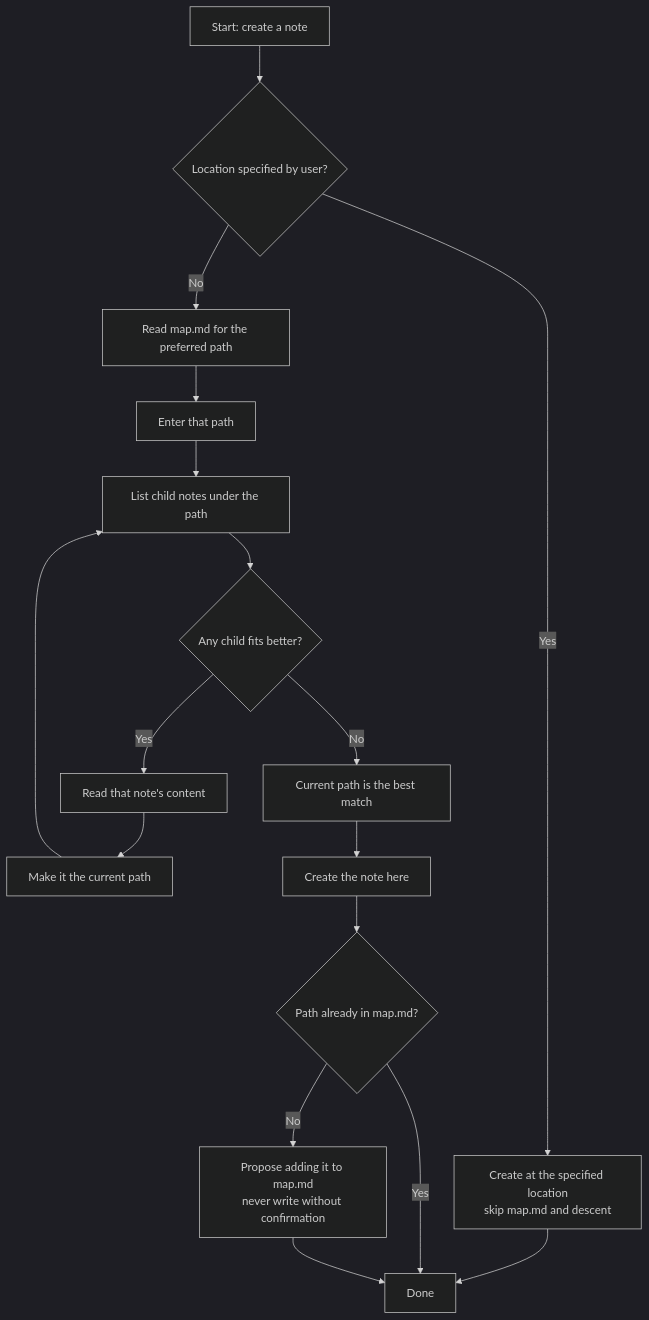
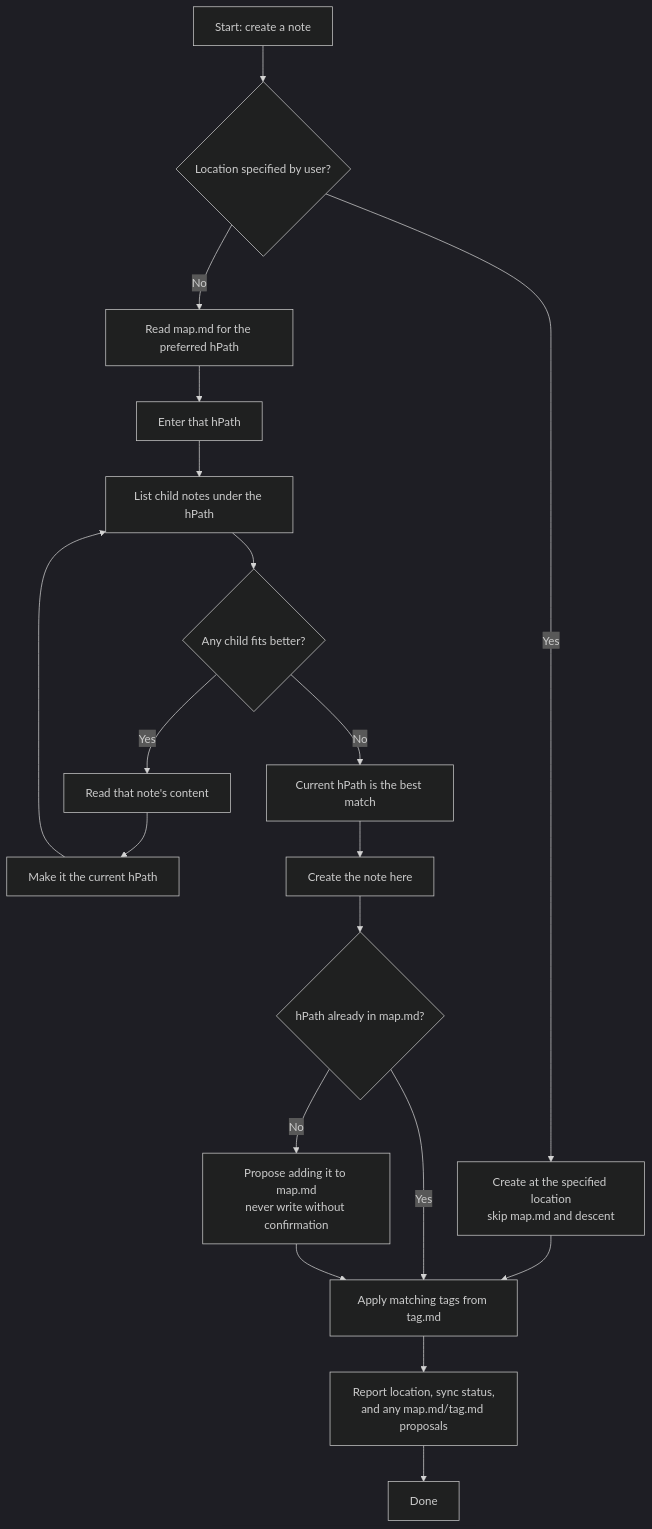
The second of 2 diagrams in personal-siyuan-standards/SKILL.md (wmy2981/skills), drawn with Mermaid (dark theme) before and after one commit. The commit also changed other lines of this file and 3 other files, not shown here.

````diff
--- a/personal-siyuan-standards/SKILL.md
+++ b/personal-siyuan-standards/SKILL.md
@@ -163,19 +170,21 @@
 ```mermaid
 graph TD
     A[Start: create a note] --> A1{Location specified by user?}
     A1 -- Yes --> A2[Create at the specified location<br/>skip map.md and descent]
-    A2 --> L[Done]
-    A1 -- No --> B[Read map.md for the preferred path]
-    B --> C[Enter that path]
-    C --> D[List child notes under the path]
+    A2 --> T
+    A1 -- No --> B[Read map.md for the preferred hPath]
+    B --> C[Enter that hPath]
+    C --> D[List child notes under the hPath]
     D --> E{Any child fits better?}
     E -- Yes --> F[Read that note's content]
-    F --> G[Make it the current path]
+    F --> G[Make it the current hPath]
     G --> D
-    E -- No --> H[Current path is the best match]
+    E -- No --> H[Current hPath is the best match]
     H --> I[Create the note here]
-    I --> J{Path already in map.md?}
+    I --> J{hPath already in map.md?}
     J -- No --> K[Propose adding it to map.md<br/>never write without confirmation]
-    J -- Yes --> L[Done]
-    K --> L
+    J -- Yes --> T[Apply matching tags from tag.md]
+    K --> T
+    T --> R[Report location, sync status,<br/>and any map.md/tag.md proposals]
+    R --> L[Done]
 ```
````
